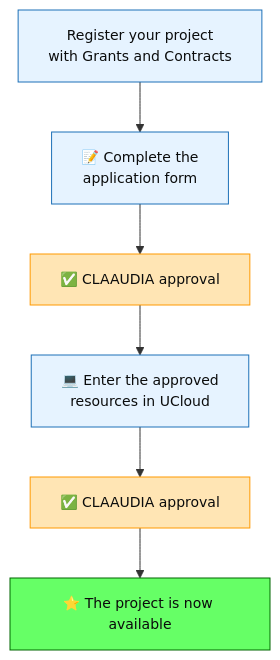
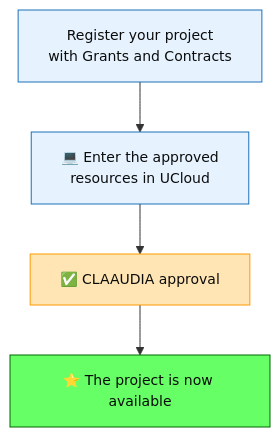
The diagram in docs/ucloud/guides/sensitive-data-on-ucloud.md (aau-claaudia/hpc), drawn with Mermaid before and after one commit. The commit also changed other lines of this file and 1 other file, not shown here.

Commit message:
correction of UCloud how to access pages

````diff
--- a/docs/ucloud/guides/sensitive-data-on-ucloud.md
+++ b/docs/ucloud/guides/sensitive-data-on-ucloud.md
@@ -8,23 +8,21 @@
   ```mermaid
   graph TD
-      A[Register your project <br/> with Grants and Contracts] --> B[📝 Complete the <br/> application form]
+      A[Register your project <br/> with Grants and Contracts] 
+      A --> B[💻 Enter the approved <br/> resources in UCloud]
       B --> C[✅ CLAAUDIA approval]
-      C --> D[💻 Enter the approved <br/> resources in UCloud]
-      D --> E[✅ CLAAUDIA approval]
-      E --> F[⭐ The project is now available]
+      C --> D[⭐ The project is now available]
 
       click A "https://aaudk.sharepoint.com/sites/persondata-ressourcer/SitePages/Registrations%20og%20reports%20(Online%20forms).aspx" "Open Grants and Contracts registration" _blank
-      click B "https://forms.office.com/e/8Khbr1TJGC" "Open application form" _blank
-      click D "https://cloud.sdu.dk/app/dashboard" "Open UCloud dashboard" _blank
+      click B "https://cloud.sdu.dk/app/dashboard" "Open UCloud dashboard" _blank
 
 
           %% Define classes for colors
     classDef User fill:#e6f3ff,stroke:#1d70b8,color:#0b0c0c,font-size:14px;
     classDef CLAAUDIA fill:#ffe5b4,stroke:#ff9900,color:#0b0c0c,font-size:14px;
     classDef Completed fill:#66ff66,stroke:#006600,color:#0b0c0c,font-size:14px;
 
     %% Assign classes
-    class A,B,D User;
-    class C,E CLAAUDIA;
-    class F Completed;
+    class A,B User;
+    class C CLAAUDIA;
+    class D Completed;
   ```
````
